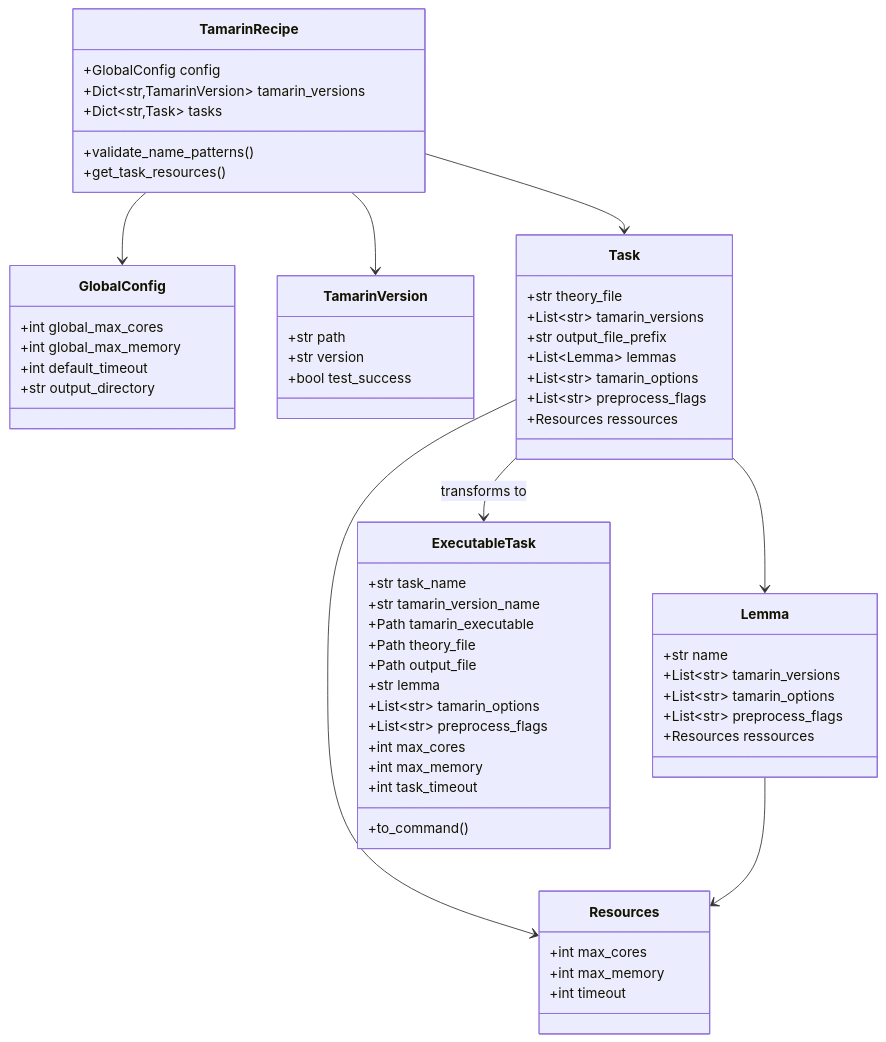
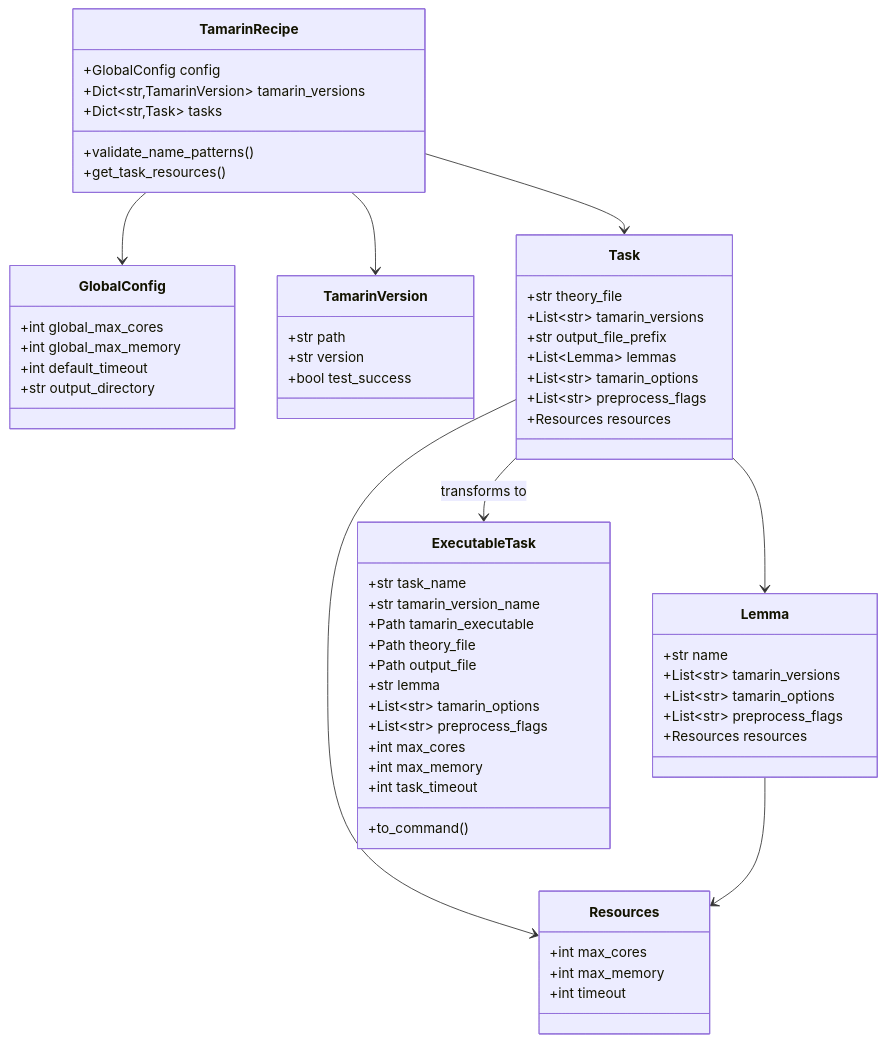
One commit to tamarin-prover/batch-tamarin changed the third of 10 diagrams in ARCHITECTURE.md. Above: the diagram before and after it, drawn with Mermaid. The commit also changed 7 other files, not shown here.

Commit message:
chore(typo) : ressources -> resources

````diff
--- a/ARCHITECTURE.md
+++ b/ARCHITECTURE.md
@@ -158,70 +158,70 @@
 ```mermaid
 classDiagram
     class TamarinRecipe {
         +GlobalConfig config
         +Dict~str,TamarinVersion~ tamarin_versions
         +Dict~str,Task~ tasks
         +validate_name_patterns()
         +get_task_resources()
     }
 
     class GlobalConfig {
         +int global_max_cores
         +int global_max_memory
         +int default_timeout
         +str output_directory
     }
 
     class TamarinVersion {
         +str path
         +str version
         +bool test_success
     }
 
     class Task {
         +str theory_file
         +List~str~ tamarin_versions
         +str output_file_prefix
         +List~Lemma~ lemmas
         +List~str~ tamarin_options
         +List~str~ preprocess_flags
-        +Resources ressources
+        +Resources resources
     }
 
     class Lemma {
         +str name
         +List~str~ tamarin_versions
         +List~str~ tamarin_options
         +List~str~ preprocess_flags
-        +Resources ressources
+        +Resources resources
     }
 
     class Resources {
         +int max_cores
         +int max_memory
         +int timeout
     }
 
     class ExecutableTask {
         +str task_name
         +str tamarin_version_name
         +Path tamarin_executable
         +Path theory_file
         +Path output_file
         +str lemma
         +List~str~ tamarin_options
         +List~str~ preprocess_flags
         +int max_cores
         +int max_memory
         +int task_timeout
         +to_command()
     }
 
     TamarinRecipe --> GlobalConfig
     TamarinRecipe --> TamarinVersion
     TamarinRecipe --> Task
     Task --> Lemma
     Task --> Resources
     Lemma --> Resources
     Task --> ExecutableTask : transforms to
 ```
````
